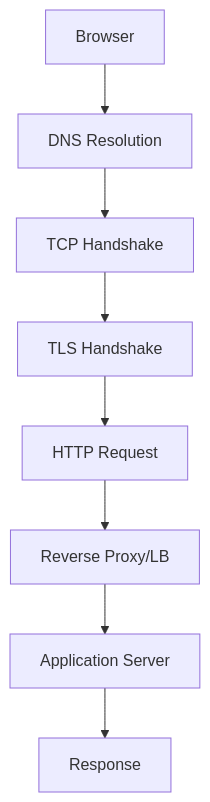
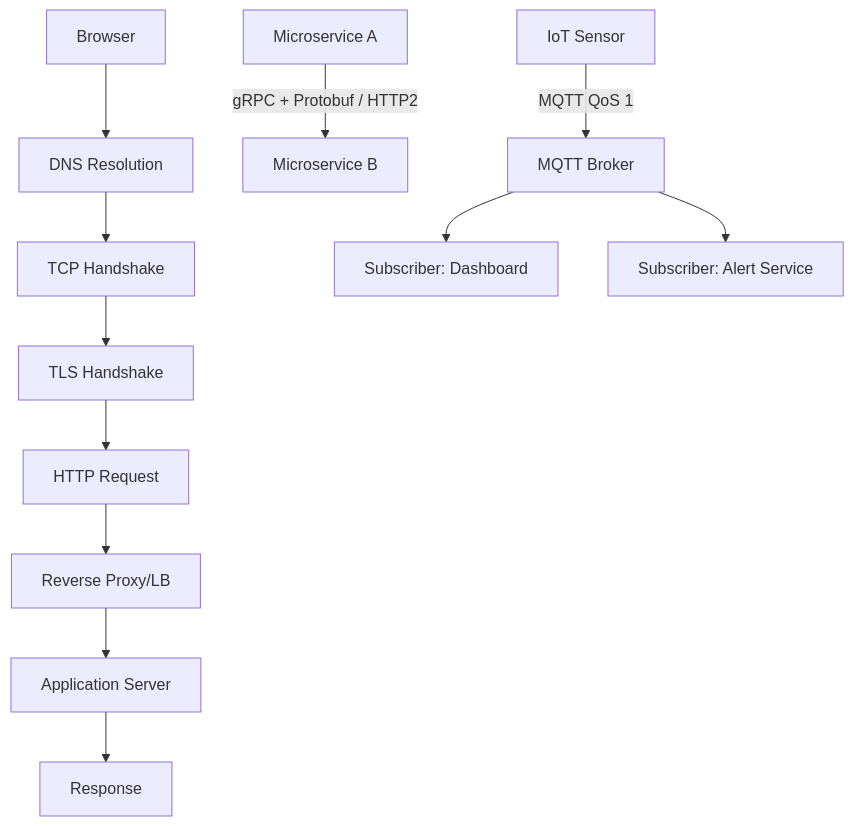
Before and after one commit to tomzaku/perp-ef: the diagram in src/content/backend-paths/networking.md, drawn with Mermaid. The commit also changed other lines of this file and 54 other files, not shown here.

Commit message:
feat: add mindmap for design pattern

````diff
--- a/src/content/backend-paths/networking.md
+++ b/src/content/backend-paths/networking.md
@@ -69,10 +108,16 @@
 ```mermaid
 flowchart TD
     A[Browser] --> B[DNS Resolution]
     B --> C[TCP Handshake]
     C --> D[TLS Handshake]
     D --> E[HTTP Request]
     E --> F[Reverse Proxy/LB]
     F --> G[Application Server]
     G --> H[Response]
+
+    I[Microservice A] -->|gRPC + Protobuf / HTTP2| J[Microservice B]
+
+    K[IoT Sensor] -->|MQTT QoS 1| L[MQTT Broker]
+    L --> M[Subscriber: Dashboard]
+    L --> N[Subscriber: Alert Service]
 ```
````
